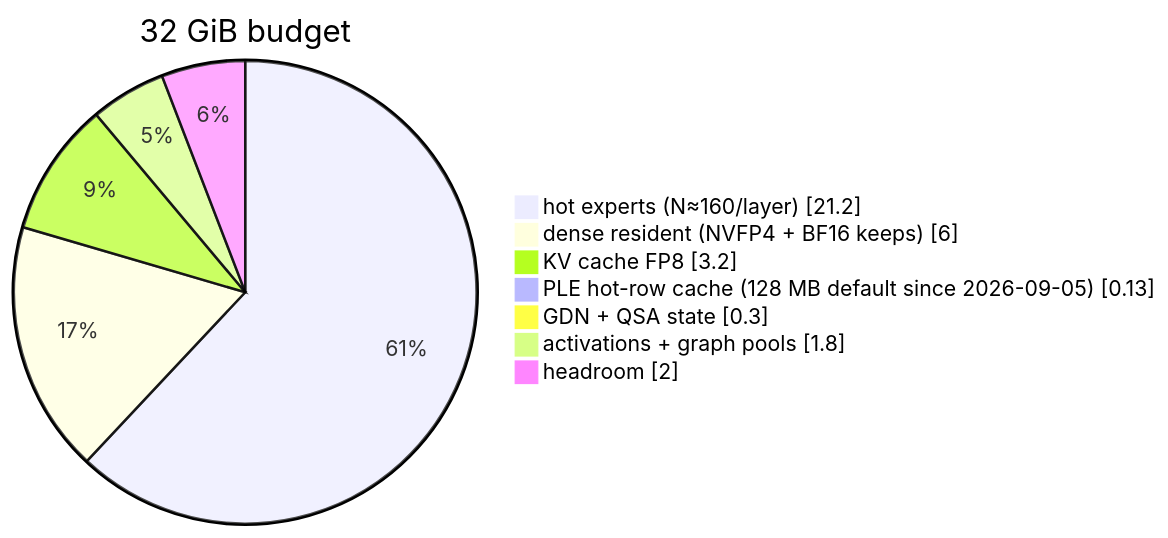
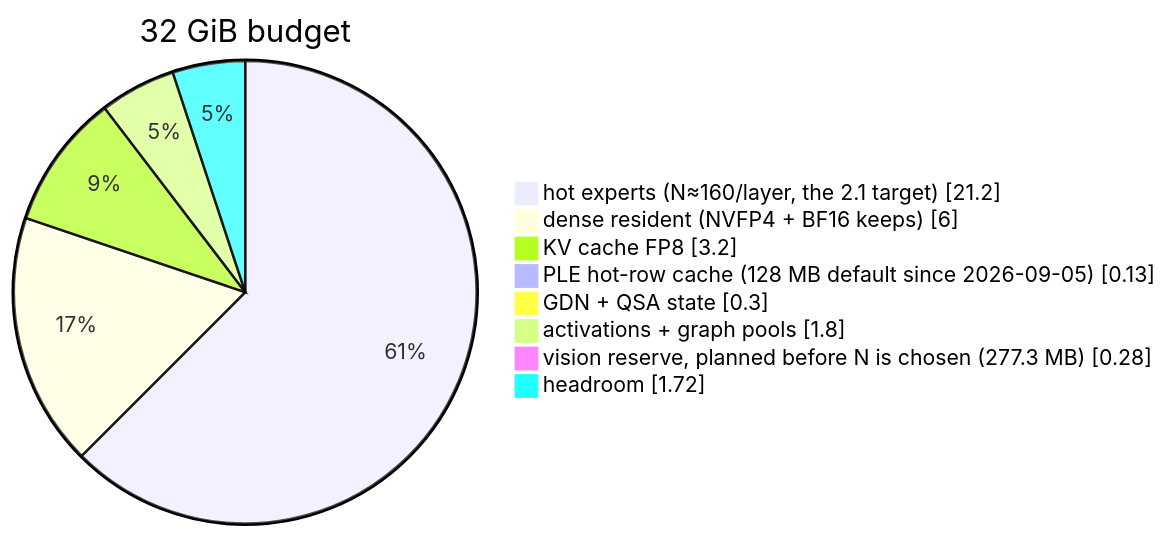
The third of 8 diagrams in docs/diagrams.md (nibor1896/crow-nest), drawn with Mermaid before and after one commit. The commit also changed other lines of this file and 1 other file, not shown here.

````diff
--- a/docs/diagrams.md
+++ b/docs/diagrams.md
@@ -66,10 +84,11 @@
 ```mermaid
 pie showData title 32 GiB budget
-    "hot experts (N≈160/layer)" : 21.2
+    "hot experts (N≈160/layer, the 2.1 target)" : 21.2
     "dense resident (NVFP4 + BF16 keeps)" : 6.0
     "KV cache FP8" : 3.2
     "PLE hot-row cache (128 MB default since 2026-09-05)" : 0.13
     "GDN + QSA state" : 0.3
     "activations + graph pools" : 1.8
-    "headroom" : 2.0
+    "vision reserve, planned before N is chosen (277.3 MB)" : 0.28
+    "headroom" : 1.72
 ```
````
